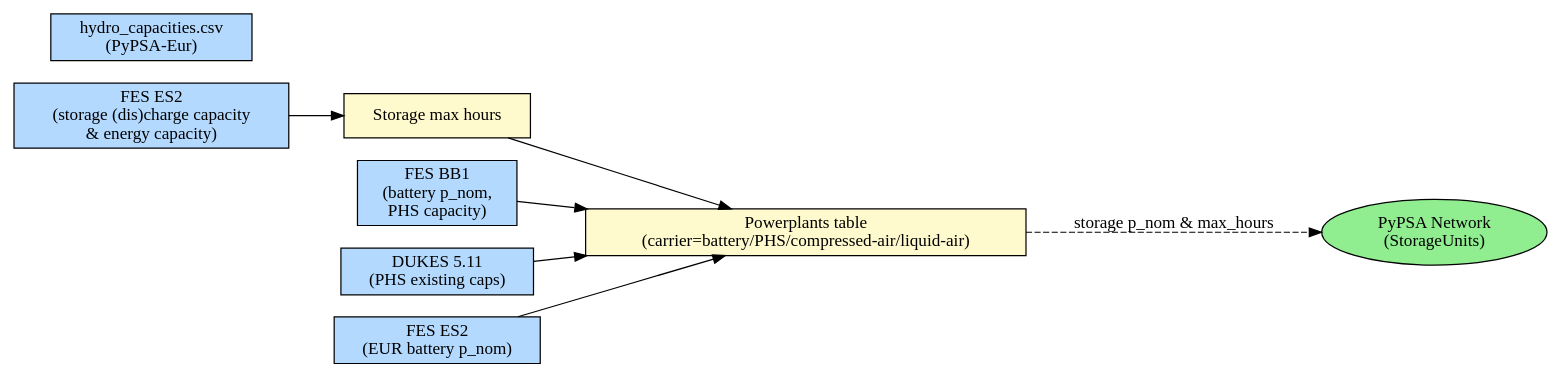
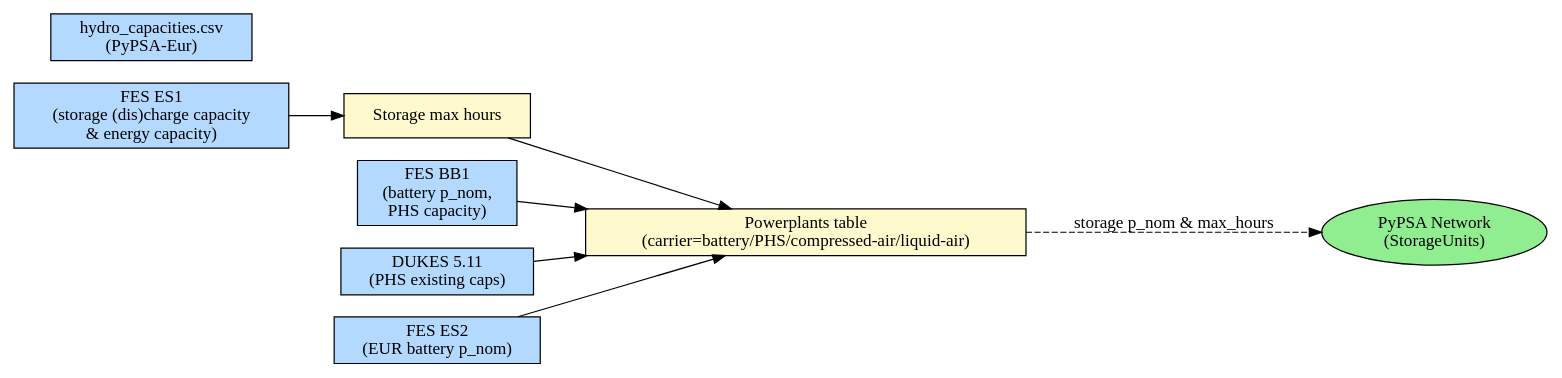
Before and after one commit to open-energy-transition/pypsa-eur: the diagram in doc/gb-model/system_storage.rst, drawn with Graphviz. The commit also changed other lines of this file and 5 other files, not shown here.

```diff
--- a/doc/gb-model/system_storage.rst
+++ b/doc/gb-model/system_storage.rst
@@ -33,23 +33,23 @@
 .. graphviz::
 
    digraph {
       rankdir=LR;
       node [shape=box, style=filled];
-      es1        [label="FES ES2\n(storage (dis)charge capacity\n& energy capacity)", fillcolor="#B3D9FF"];
+      es1        [label="FES ES1\n(storage (dis)charge capacity\n& energy capacity)", fillcolor="#B3D9FF"];
       fes_bb1    [label="FES BB1\n(battery p_nom,\nPHS capacity)", fillcolor="#B3D9FF"];
       dukes      [label="DUKES 5.11\n(PHS existing caps)", fillcolor="#B3D9FF"];
       es2        [label="FES ES2\n(EUR battery p_nom)", fillcolor="#B3D9FF"];
       hydro_cap  [label="hydro_capacities.csv\n(PyPSA-Eur)", fillcolor="#B3D9FF"];
 
       ppl         [label="Powerplants table\n(carrier=battery/PHS/compressed-air/liquid-air)", fillcolor="#FFFACD"];
       max_hours [label="Storage max hours", fillcolor="#FFFACD"];
 
       network [label="PyPSA Network\n(StorageUnits)", fillcolor="#90EE90", shape=ellipse];
 
       es1       -> max_hours;
       fes_bb1   -> ppl;
       dukes     -> ppl;
       es2       -> ppl;
       max_hours -> ppl;
       ppl       -> network     [label="storage p_nom & max_hours", style=dashed];
    }
```
